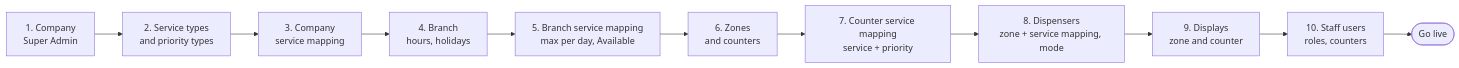
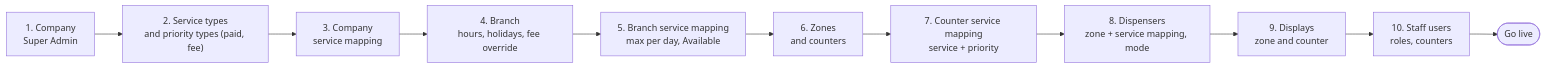
The third of 7 diagrams in docs/PROJECT_SPEC.md (aruntalexanderdev/qms_qflow), drawn with Mermaid before and after one commit. The commit also changed other lines of this file and 24 other files, not shown here.

````diff
--- a/docs/PROJECT_SPEC.md
+++ b/docs/PROJECT_SPEC.md
@@ -193,5 +216,5 @@
 ```mermaid
 flowchart LR
-  S1["1. Company<br/>Super Admin"] --> S2["2. Service types<br/>and priority types"] --> S3["3. Company<br/>service mapping"] --> S4["4. Branch<br/>hours, holidays"] --> S5["5. Branch service mapping<br/>max per day, Available"]
+  S1["1. Company<br/>Super Admin"] --> S2["2. Service types<br/>and priority types (paid, fee)"] --> S3["3. Company<br/>service mapping"] --> S4["4. Branch<br/>hours, holidays, fee override"] --> S5["5. Branch service mapping<br/>max per day, Available"]
   S5 --> S6["6. Zones<br/>and counters"] --> S7["7. Counter service mapping<br/>service + priority"] --> S8["8. Dispensers<br/>zone + service mapping, mode"] --> S9["9. Displays<br/>zone and counter"] --> S10["10. Staff users<br/>roles, counters"] --> GL(["Go live"])
 ```
````
